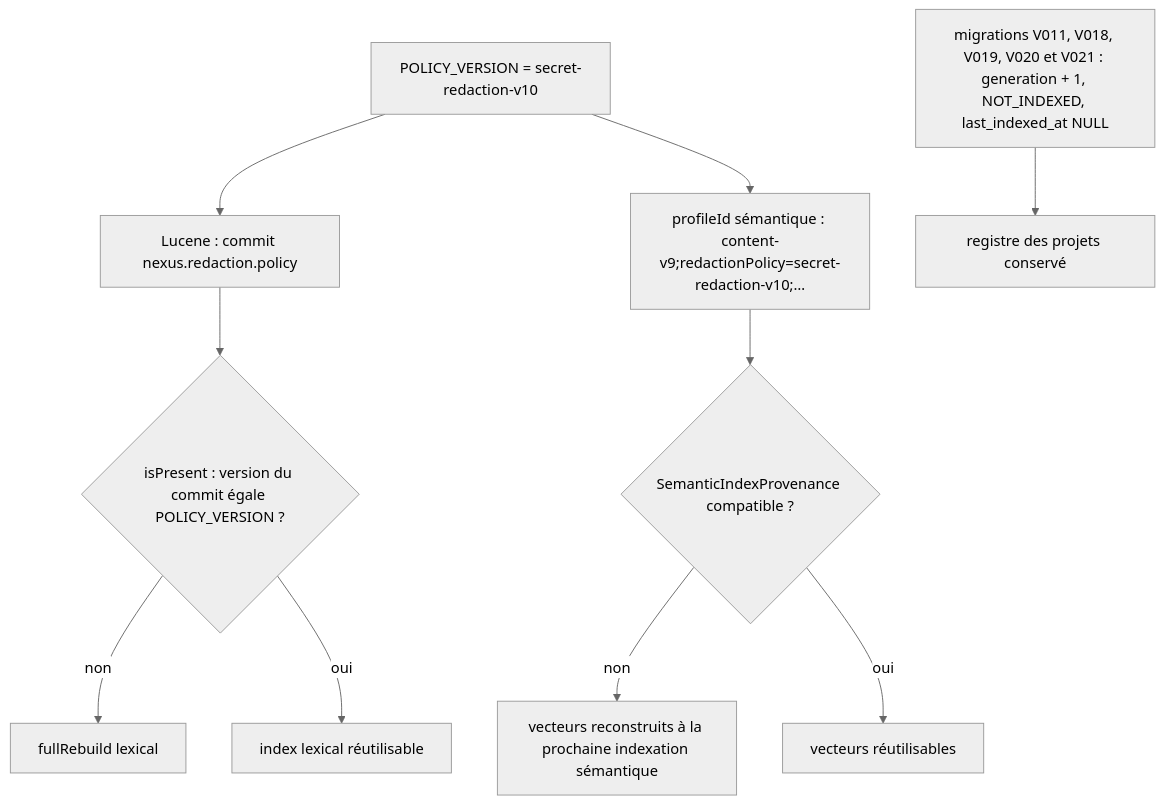
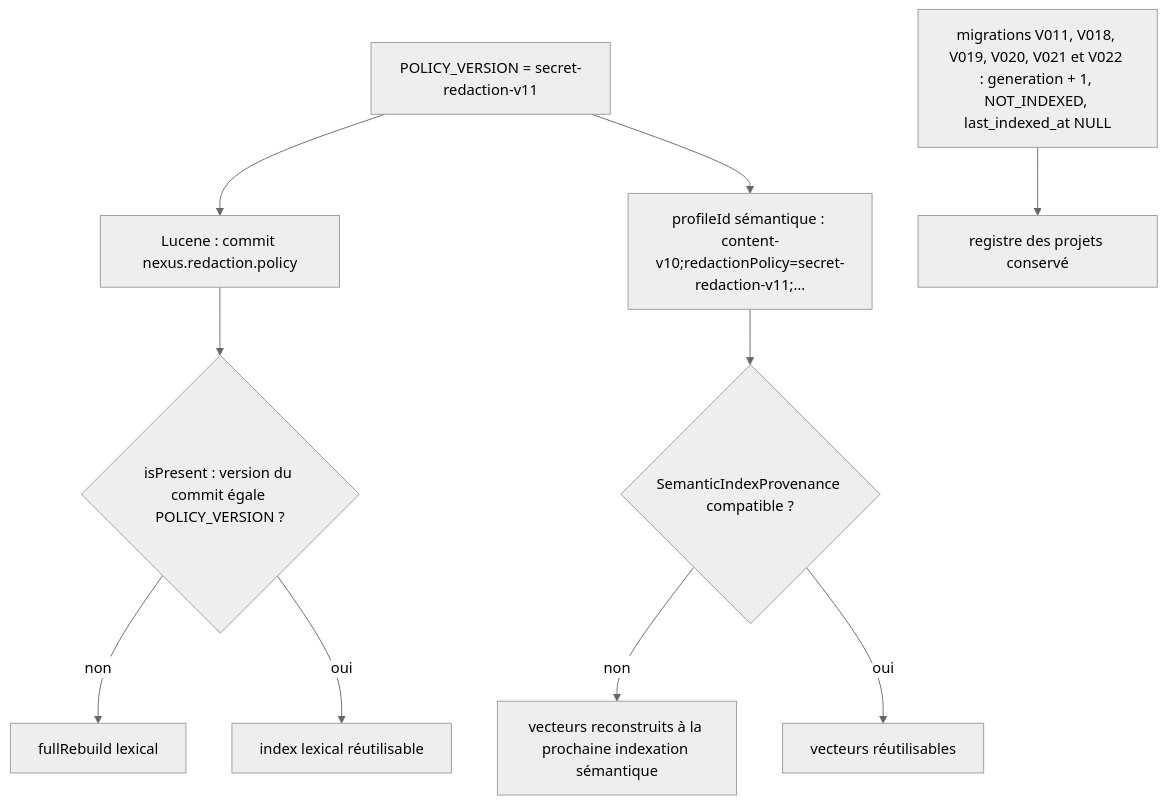
One commit to FTurleque/nexus-context-engine changed the sixth of 6 diagrams in docs/developer/secret-redaction.md. Above: the diagram before and after it, drawn with Mermaid (neutral theme). The commit also changed other lines of this file and 37 other files, not shown here.

````diff
--- a/docs/developer/secret-redaction.md
+++ b/docs/developer/secret-redaction.md
@@ -230,12 +233,12 @@
 ```mermaid
 flowchart TD
-    P["POLICY_VERSION = secret-redaction-v10"] --> L["Lucene : commit nexus.redaction.policy"]
-    P --> S["profileId sémantique : content-v9;redactionPolicy=secret-redaction-v10;…"]
-    M["migrations V011, V018, V019, V020 et V021 : generation + 1, NOT_INDEXED, last_indexed_at NULL"] --> N["registre des projets conservé"]
+    P["POLICY_VERSION = secret-redaction-v11"] --> L["Lucene : commit nexus.redaction.policy"]
+    P --> S["profileId sémantique : content-v10;redactionPolicy=secret-redaction-v11;…"]
+    M["migrations V011, V018, V019, V020, V021 et V022 : generation + 1, NOT_INDEXED, last_indexed_at NULL"] --> N["registre des projets conservé"]
     L --> Q{"isPresent : version du commit égale POLICY_VERSION ?"}
     Q -- non --> F["fullRebuild lexical"]
     Q -- oui --> K["index lexical réutilisable"]
     S --> T{"SemanticIndexProvenance compatible ?"}
     T -- non --> V["vecteurs reconstruits à la prochaine indexation sémantique"]
     T -- oui --> W["vecteurs réutilisables"]
 ```
````
